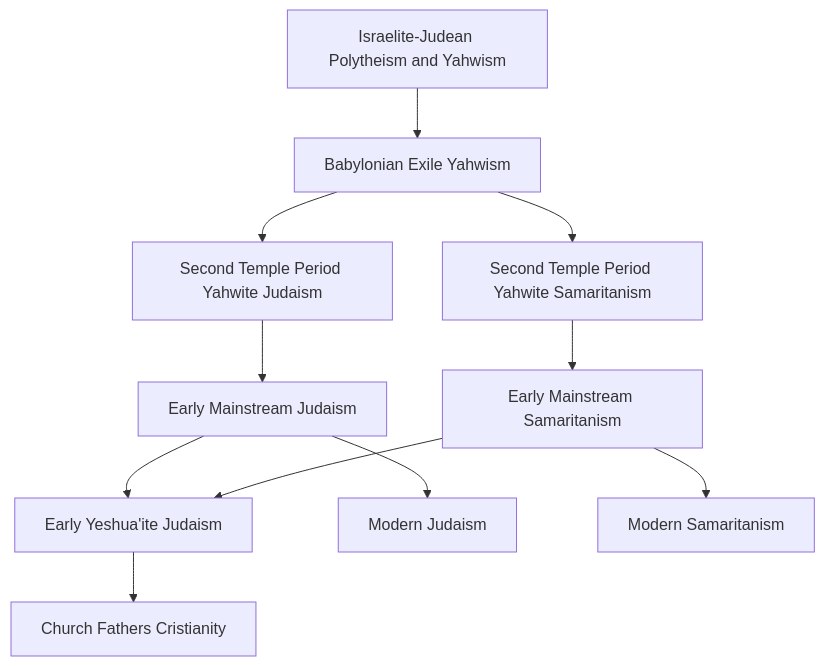
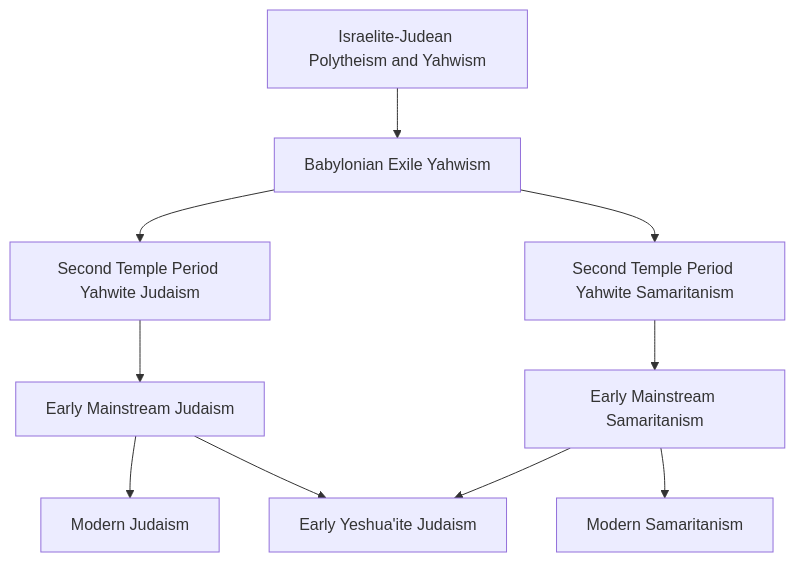
Before and after one commit to bendqh1/mermaid: the diagram in emergence_of_judaism_and_samaritanism.mermaid, drawn with Mermaid.

```diff
--- a/emergence_of_judaism_and_samaritanism.mermaid
+++ b/emergence_of_judaism_and_samaritanism.mermaid
@@ -1,15 +1,12 @@
 flowchart TD
     A1[Israelite-Judean Polytheism and Yahwism]
     A1 --> A2[Babylonian Exile Yahwism]
     A2 --> A3[Second Temple Period Yahwite Judaism] 
     A2 --> A4[Second Temple Period Yahwite Samaritanism]
 
     A3 --> B1[Early Mainstream Judaism]
     A4 --> B2[Early Mainstream Samaritanism]
-    
-    B1 & B2 --> XX1[Early Yeshua'ite Judaism]
 
     B1 --> C1[Modern Judaism]
     B2 --> C2[Modern Samaritanism]
-
-    XX1 --> C3[Church Fathers Cristianity]
+    B1 & B2 --> XX1[Early Yeshua'ite Judaism]
```
